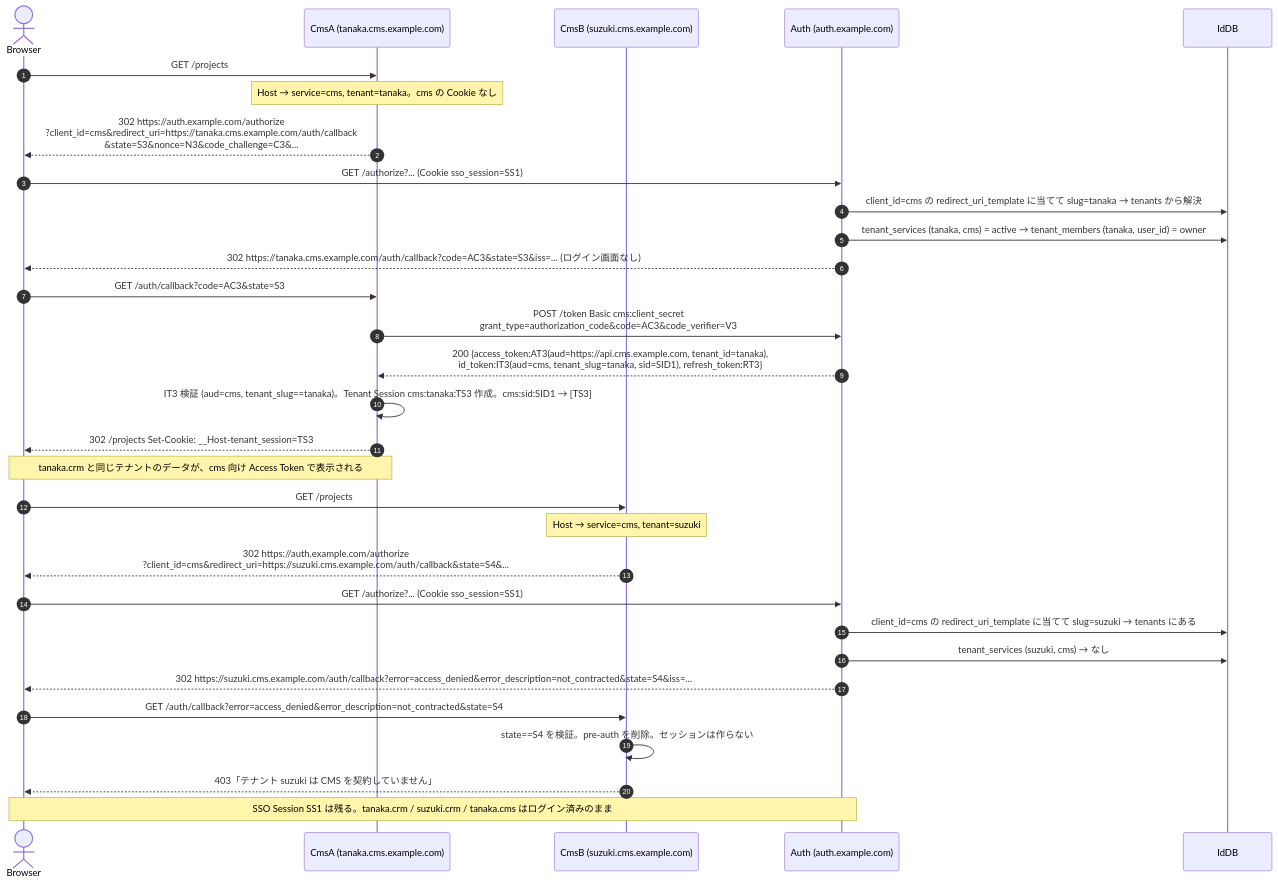
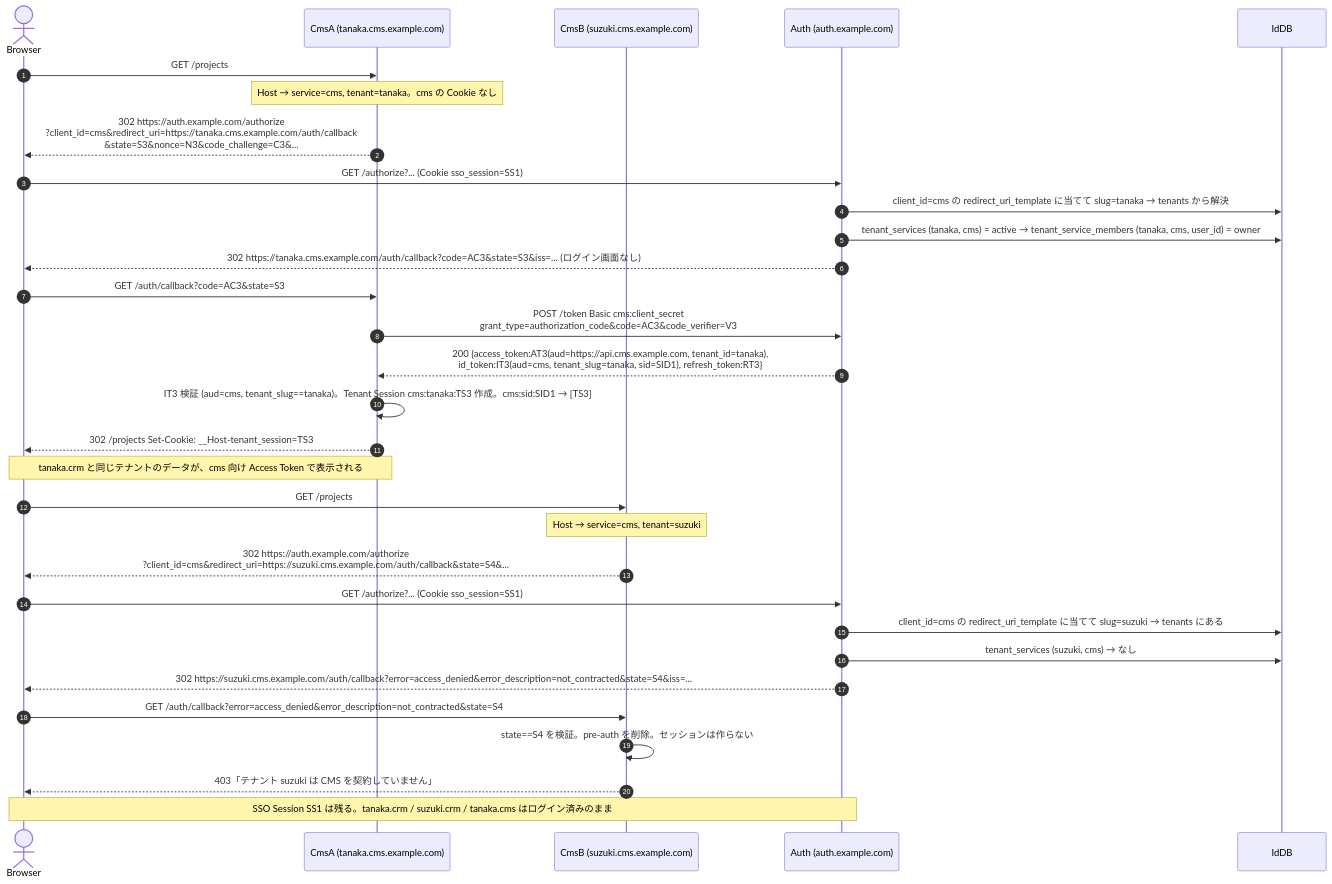
The fourth of 10 diagrams in docs/integration-guide.md (daisuke-tanabe/multi-domain-sandbox), drawn with Mermaid before and after one commit. The commit also changed other lines of this file and 48 other files, not shown here.

````diff
--- a/docs/integration-guide.md
+++ b/docs/integration-guide.md
@@ -616,35 +635,35 @@
 ```mermaid
 sequenceDiagram
     autonumber
     actor Browser
     participant CmsA as CmsA (tanaka.cms.example.com)
     participant CmsB as CmsB (suzuki.cms.example.com)
     participant Auth as Auth (auth.example.com)
     participant IdDB
 
     Browser->>CmsA: GET /projects
     Note over CmsA: Host → service=cms, tenant=tanaka。cms の Cookie なし
     CmsA-->>Browser: 302 https://auth.example.com/authorize<br/>?client_id=cms&redirect_uri=https://tanaka.cms.example.com/auth/callback<br/>&state=S3&nonce=N3&code_challenge=C3&...
     Browser->>Auth: GET /authorize?... (Cookie sso_session=SS1)
     Auth->>IdDB: client_id=cms の redirect_uri_template に当てて slug=tanaka → tenants から解決
-    Auth->>IdDB: tenant_services (tanaka, cms) = active → tenant_members (tanaka, user_id) = owner
+    Auth->>IdDB: tenant_services (tanaka, cms) = active → tenant_service_members (tanaka, cms, user_id) = owner
     Auth-->>Browser: 302 https://tanaka.cms.example.com/auth/callback?code=AC3&state=S3&iss=... (ログイン画面なし)
     Browser->>CmsA: GET /auth/callback?code=AC3&state=S3
     CmsA->>Auth: POST /token  Basic cms:client_secret<br/>grant_type=authorization_code&code=AC3&code_verifier=V3
     Auth-->>CmsA: 200 {access_token:AT3(aud=https://api.cms.example.com, tenant_id=tanaka),<br/>id_token:IT3(aud=cms, tenant_slug=tanaka, sid=SID1), refresh_token:RT3}
     CmsA->>CmsA: IT3 検証 (aud=cms, tenant_slug==tanaka)。Tenant Session cms:tanaka:TS3 作成。cms:sid:SID1 → [TS3]
     CmsA-->>Browser: 302 /projects  Set-Cookie: __Host-tenant_session=TS3
     Note over Browser,CmsA: tanaka.crm と同じテナントのデータが、cms 向け Access Token で表示される
 
     Browser->>CmsB: GET /projects
     Note over CmsB: Host → service=cms, tenant=suzuki
     CmsB-->>Browser: 302 https://auth.example.com/authorize<br/>?client_id=cms&redirect_uri=https://suzuki.cms.example.com/auth/callback&state=S4&...
     Browser->>Auth: GET /authorize?... (Cookie sso_session=SS1)
     Auth->>IdDB: client_id=cms の redirect_uri_template に当てて slug=suzuki → tenants にある
     Auth->>IdDB: tenant_services (suzuki, cms) → なし
     Auth-->>Browser: 302 https://suzuki.cms.example.com/auth/callback?error=access_denied&error_description=not_contracted&state=S4&iss=...
     Browser->>CmsB: GET /auth/callback?error=access_denied&error_description=not_contracted&state=S4
     CmsB->>CmsB: state==S4 を検証。pre-auth を削除。セッションは作らない
     CmsB-->>Browser: 403「テナント suzuki は CMS を契約していません」
     Note over Browser,Auth: SSO Session SS1 は残る。tanaka.crm / suzuki.crm / tanaka.cms はログイン済みのまま
 ```
````
